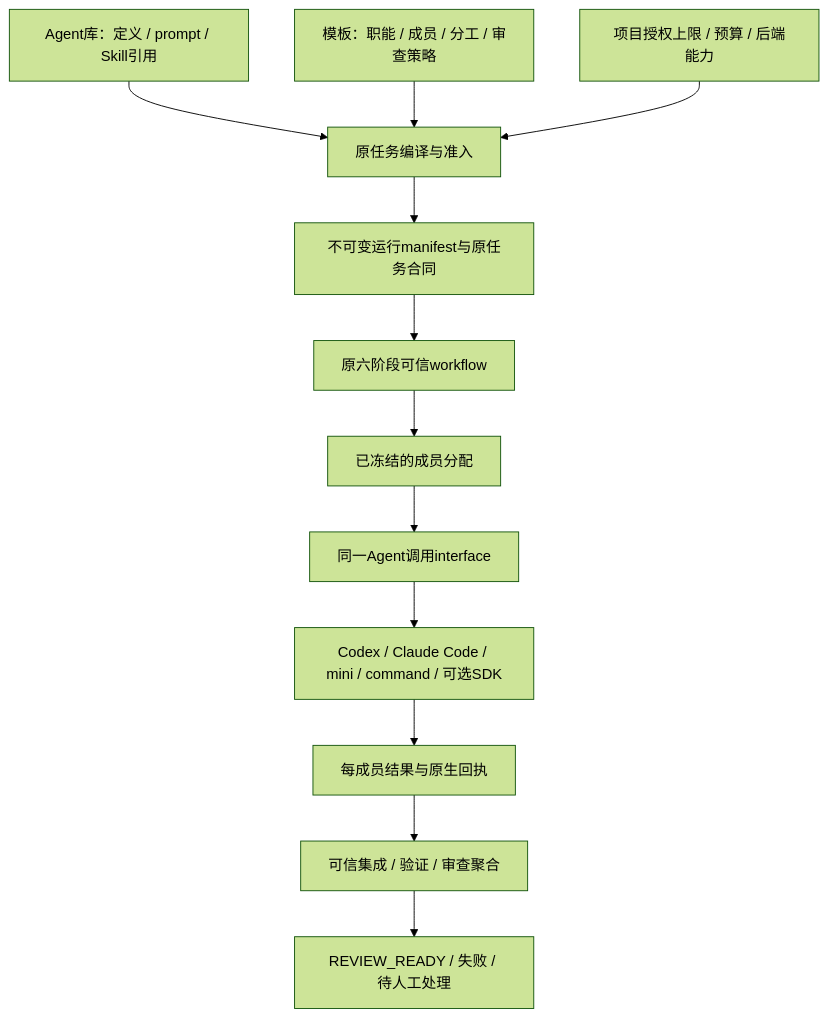
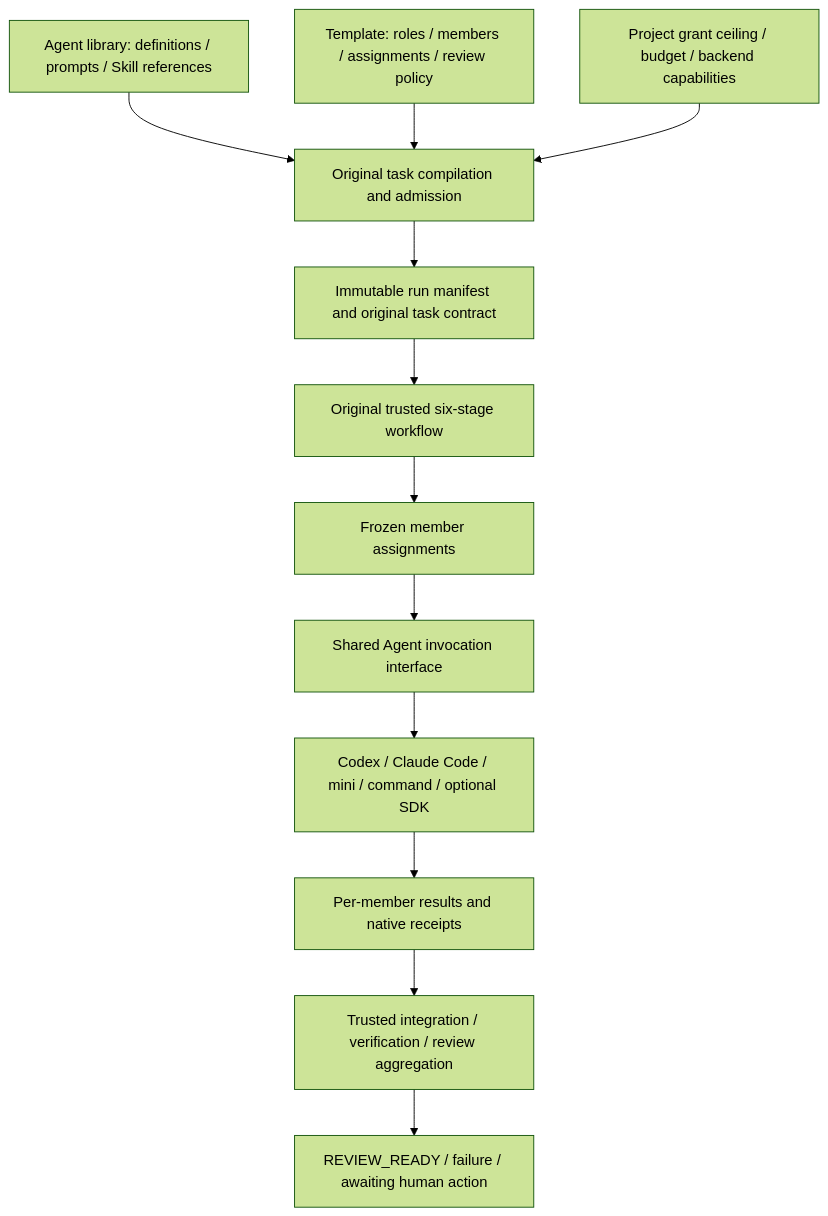
One commit to 626619403/Ergora changed the diagram in docs/architecture/decisions/0004-agent-composition.md. Above: the diagram before and after it, drawn with Mermaid (forest theme). The commit also changed other lines of this file and 439 other files, not shown here.

````diff
--- a/docs/architecture/decisions/0004-agent-composition.md
+++ b/docs/architecture/decisions/0004-agent-composition.md
@@ -27,14 +29,14 @@
 ```mermaid
 flowchart TD
-  Library[Agent库：定义 / prompt / Skill引用] --> Compile[原任务编译与准入]
-  Template[模板：职能 / 成员 / 分工 / 审查策略] --> Compile
-  Policy[项目授权上限 / 预算 / 后端能力] --> Compile
-  Compile --> Frozen[不可变运行manifest与原任务合同]
-  Frozen --> Six[原六阶段可信workflow]
-  Six --> Assign[已冻结的成员分配]
-  Assign --> Adapter[同一Agent调用interface]
-  Adapter --> Native[Codex / Claude Code / mini / command / 可选SDK]
-  Native --> Evidence[每成员结果与原生回执]
-  Evidence --> Gate[可信集成 / 验证 / 审查聚合]
-  Gate --> Ready[REVIEW_READY / 失败 / 待人工处理]
+  Library[Agent library: definitions / prompts / Skill references] --> Compile[Original task compilation and admission]
+  Template[Template: roles / members / assignments / review policy] --> Compile
+  Policy[Project grant ceiling / budget / backend capabilities] --> Compile
+  Compile --> Frozen[Immutable run manifest and original task contract]
+  Frozen --> Six[Original trusted six-stage workflow]
+  Six --> Assign[Frozen member assignments]
+  Assign --> Adapter[Shared Agent invocation interface]
+  Adapter --> Native[Codex / Claude Code / mini / command / optional SDK]
+  Native --> Evidence[Per-member results and native receipts]
+  Evidence --> Gate[Trusted integration / verification / review aggregation]
+  Gate --> Ready[REVIEW_READY / failure / awaiting human action]
 ```
````
